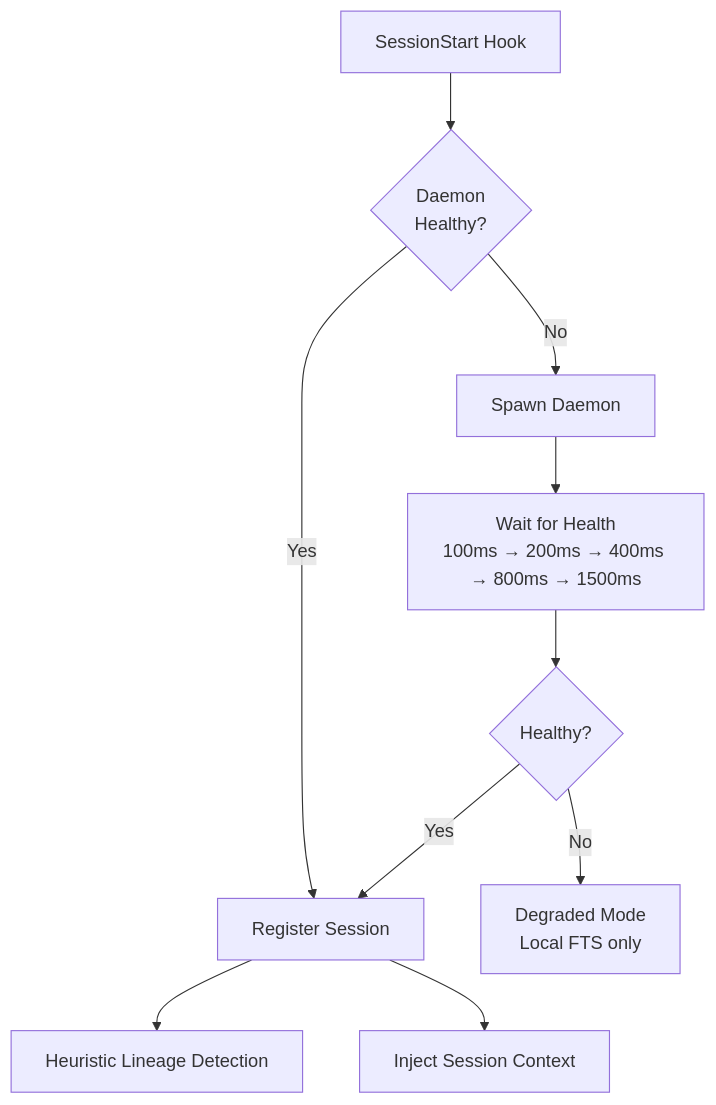
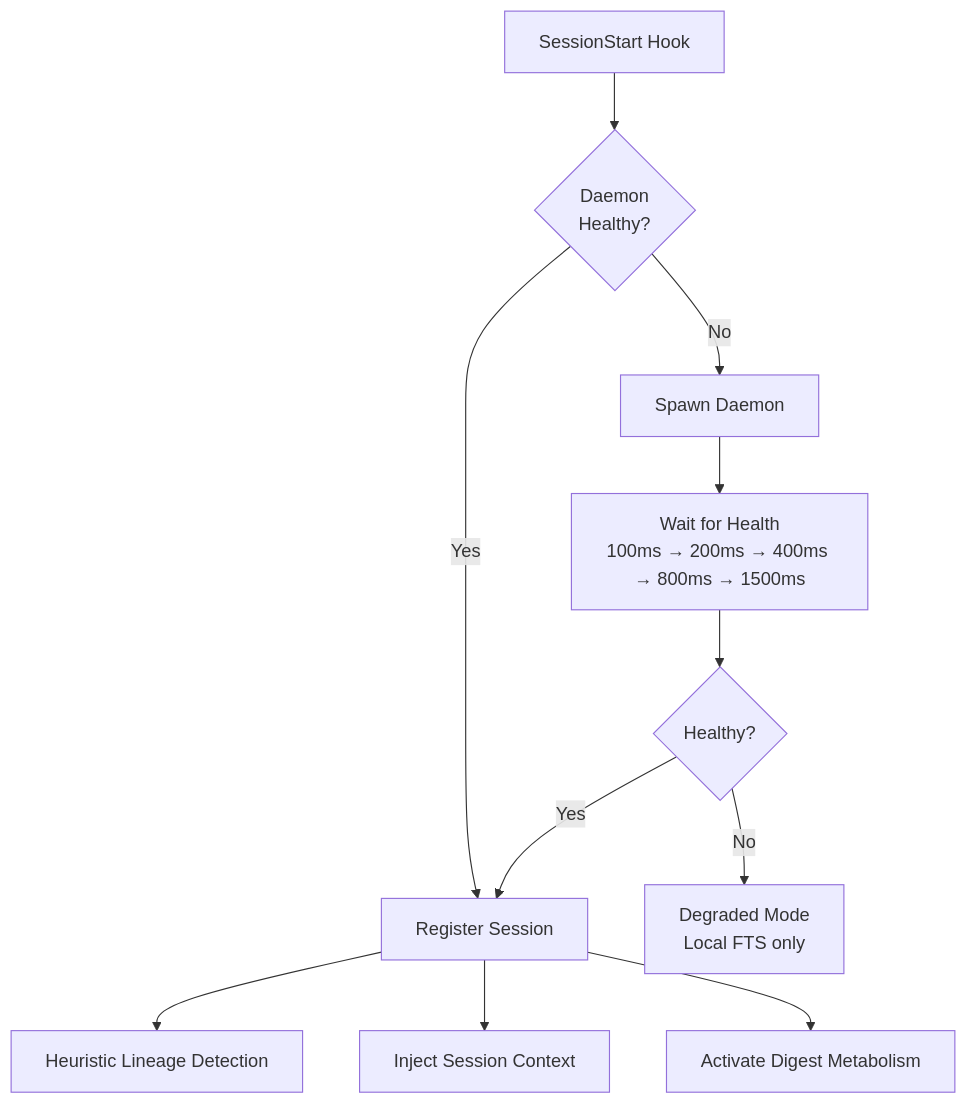
The seventh of 8 diagrams in docs/lifecycle.md (goondocks-co/myco), drawn with Mermaid before and after one commit. The commit also changed other lines of this file and 81 other files, not shown here.

````diff
--- a/docs/lifecycle.md
+++ b/docs/lifecycle.md
@@ -128,12 +195,13 @@
 ```mermaid
 flowchart TD
     Hook[SessionStart Hook] --> Health{Daemon<br/>Healthy?}
     Health -->|Yes| Register[Register Session]
     Health -->|No| Spawn[Spawn Daemon]
     Spawn --> Wait[Wait for Health<br/>100ms → 200ms → 400ms → 800ms → 1500ms]
     Wait --> Ready{Healthy?}
     Ready -->|Yes| Register
     Ready -->|No| Degraded[Degraded Mode<br/>Local FTS only]
     Register --> Lineage[Heuristic Lineage Detection]
     Register --> Context[Inject Session Context]
+    Register --> Activate[Activate Digest Metabolism]
 ```
````
